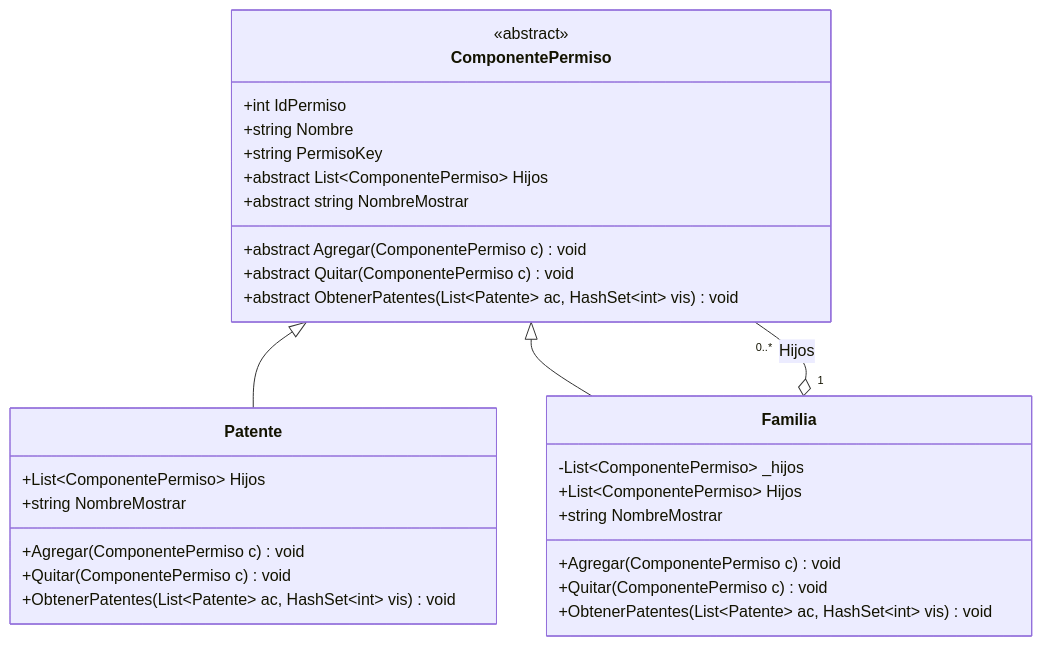
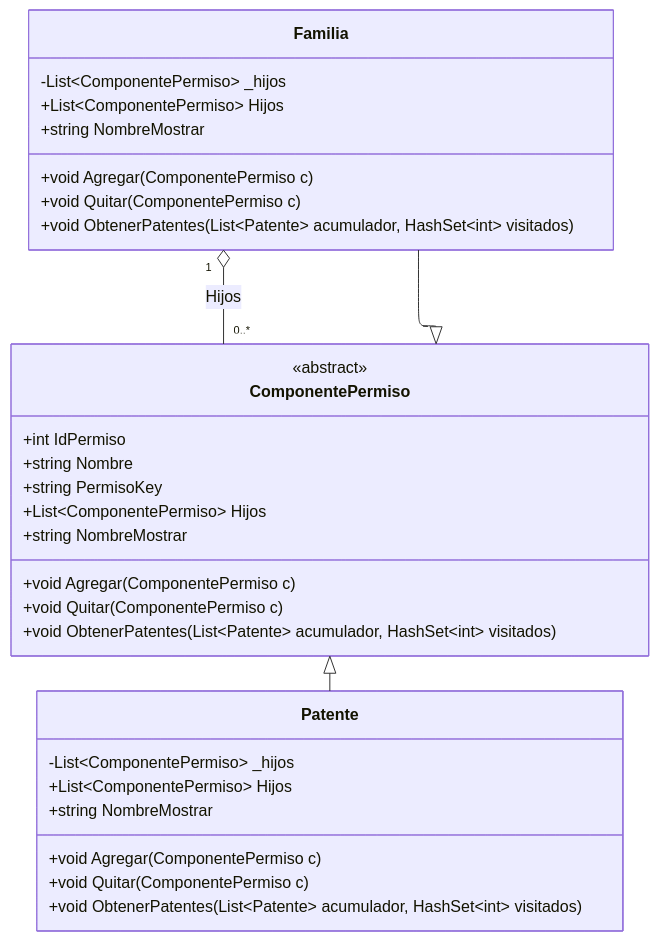
Before and after one commit to LautiSmyth/Stach: diagram 13 of 25 in Documentacion/diagrams_code.md, drawn with Mermaid. The commit also changed other lines of this file, not shown here.

Commit message:
Doc: Format all Mermaid diagrams to match student ELK configuration layout and standard C# member type/name declarations

````diff
--- a/Documentacion/diagrams_code.md
+++ b/Documentacion/diagrams_code.md
@@ -315,32 +348,37 @@
 ```mermaid
+---
+config:
+  layout: elk
+---
 classDiagram
     class ComponentePermiso {
         <<abstract>>
         +int IdPermiso
         +string Nombre
         +string PermisoKey
-        +abstract List~ComponentePermiso~ Hijos
-        +abstract string NombreMostrar
-        +abstract Agregar(ComponentePermiso c) void
-        +abstract Quitar(ComponentePermiso c) void
-        +abstract ObtenerPatentes(List~Patente~ ac, HashSet~int~ vis) void
+        +List~ComponentePermiso~ Hijos
+        +string NombreMostrar
+        +void Agregar(ComponentePermiso c)
+        +void Quitar(ComponentePermiso c)
+        +void ObtenerPatentes(List~Patente~ acumulador, HashSet~int~ visitados)
     }
     class Patente {
+        -List~ComponentePermiso~ _hijos
         +List~ComponentePermiso~ Hijos
         +string NombreMostrar
-        +Agregar(ComponentePermiso c) void
-        +Quitar(ComponentePermiso c) void
-        +ObtenerPatentes(List~Patente~ ac, HashSet~int~ vis) void
+        +void Agregar(ComponentePermiso c)
+        +void Quitar(ComponentePermiso c)
+        +void ObtenerPatentes(List~Patente~ acumulador, HashSet~int~ visitados)
     }
     class Familia {
         -List~ComponentePermiso~ _hijos
         +List~ComponentePermiso~ Hijos
         +string NombreMostrar
-        +Agregar(ComponentePermiso c) void
-        +Quitar(ComponentePermiso c) void
-        +ObtenerPatentes(List~Patente~ ac, HashSet~int~ vis) void
+        +void Agregar(ComponentePermiso c)
+        +void Quitar(ComponentePermiso c)
+        +void ObtenerPatentes(List~Patente~ acumulador, HashSet~int~ visitados)
     }
     ComponentePermiso <|-- Patente
     ComponentePermiso <|-- Familia
     Familia "1" o-- "0..*" ComponentePermiso : Hijos
 ```
````
